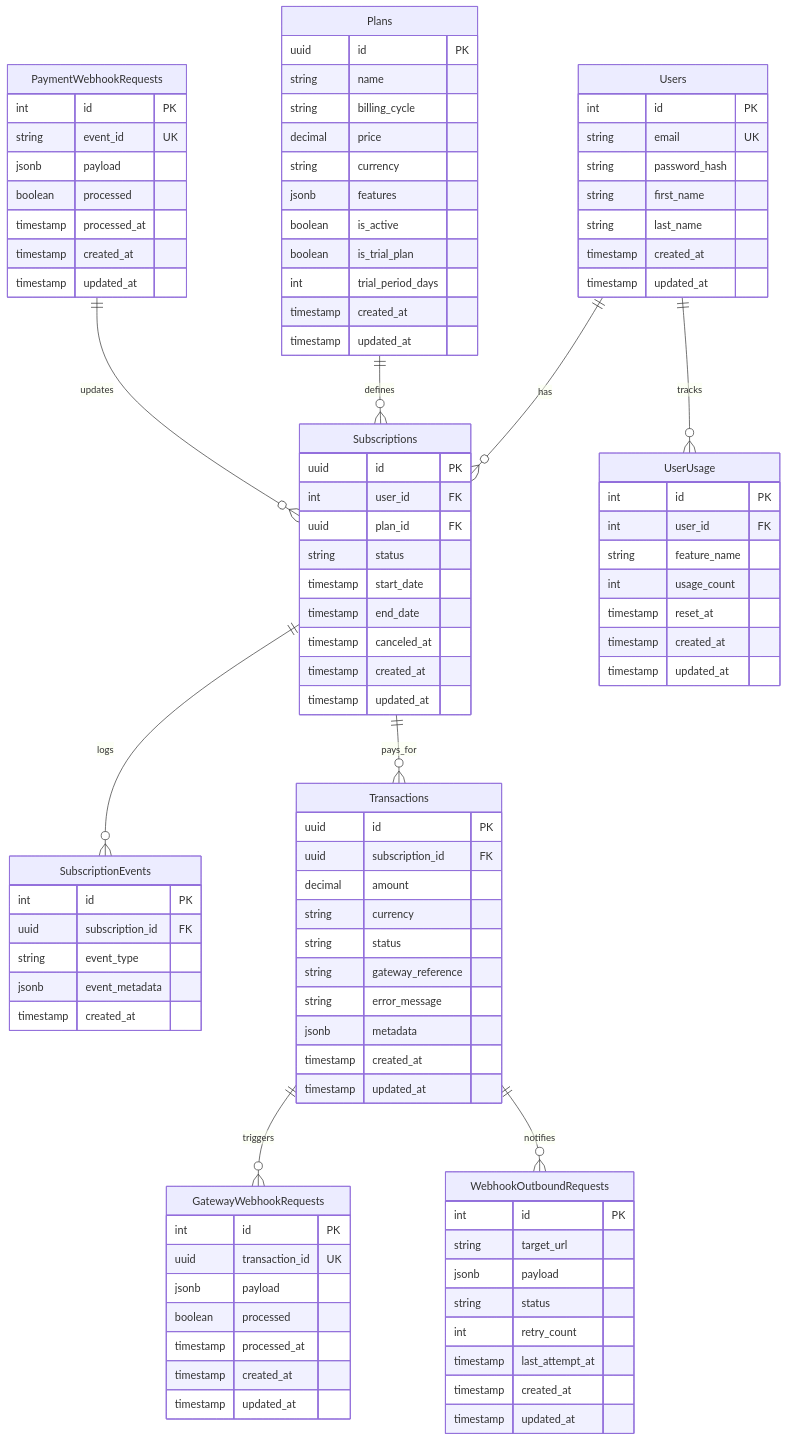
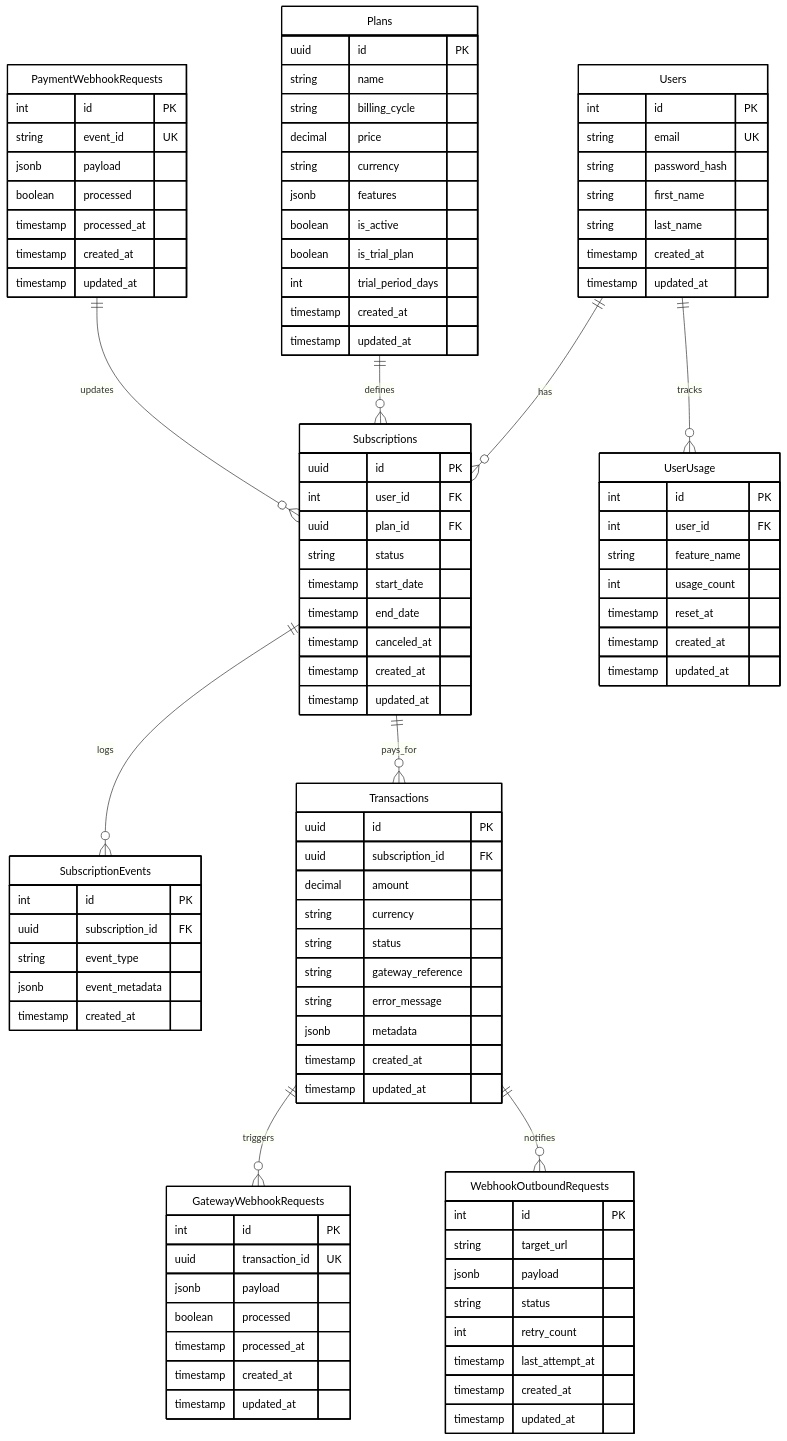
One commit to asqrzk/BillingBackendSystem changed the fourth of 8 diagrams in billing-backend/docs/architecture_documentation.md. Above: the diagram before and after it, drawn with Mermaid.

Commit message:
update readme and also hide certain docker env

````diff
--- a/billing-backend/docs/architecture_documentation.md
+++ b/billing-backend/docs/architecture_documentation.md
@@ -368,4 +368,18 @@
         timestamp created_at
         timestamp updated_at
     }
+
+    %% Black-and-white styling
+    %% Table boxes - white background, black border, black text
+    %% Relationships - black lines
+    %% Mermaid ERD currently doesn't allow per-table styling, so global style is used
+    style Users fill:#ffffff,stroke:#000000,stroke-width:2px,color:#000000;
+    style Plans fill:#ffffff,stroke:#000000,stroke-width:2px,color:#000000;
+    style Subscriptions fill:#ffffff,stroke:#000000,stroke-width:2px,color:#000000;
+    style SubscriptionEvents fill:#ffffff,stroke:#000000,stroke-width:2px,color:#000000;
+    style UserUsage fill:#ffffff,stroke:#000000,stroke-width:2px,color:#000000;
+    style Transactions fill:#ffffff,stroke:#000000,stroke-width:2px,color:#000000;
+    style PaymentWebhookRequests fill:#ffffff,stroke:#000000,stroke-width:2px,color:#000000;
+    style GatewayWebhookRequests fill:#ffffff,stroke:#000000,stroke-width:2px,color:#000000;
+    style WebhookOutboundRequests fill:#ffffff,stroke:#000000,stroke-width:2px,color:#000000;
 ```
````
